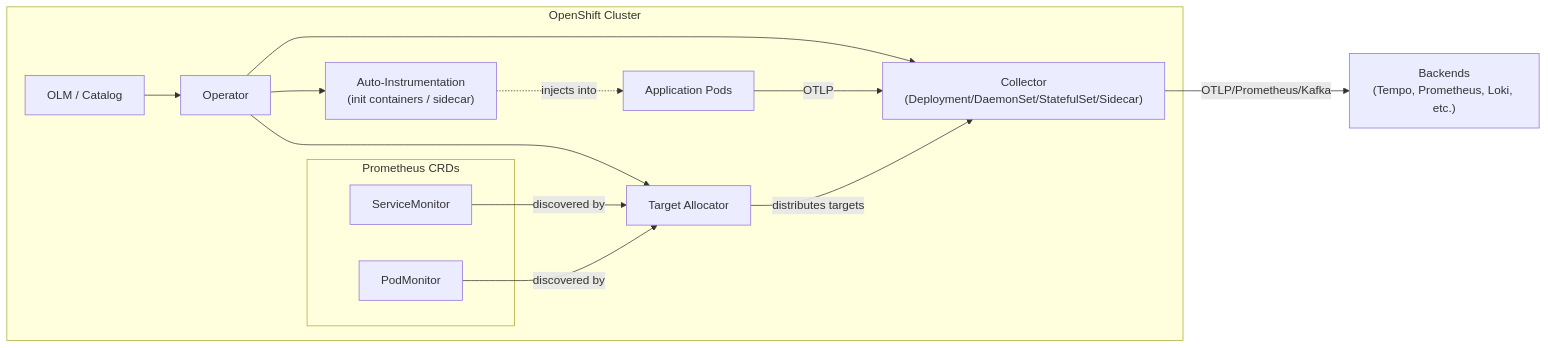
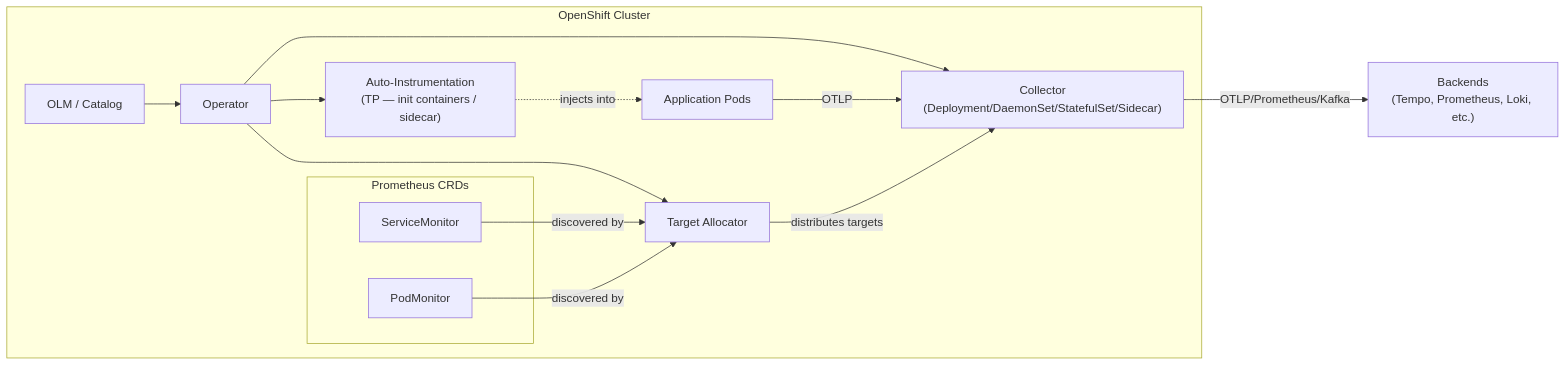
The first of 3 diagrams in ARCHITECTURE.md (IshwarKanse/redhat-build-of-opentelemetry-workspace), drawn with Mermaid before and after one commit. The commit also changed other lines of this file and 6 other files, not shown here.

````diff
--- a/ARCHITECTURE.md
+++ b/ARCHITECTURE.md
@@ -13,21 +15,21 @@
 ```mermaid
 graph LR
     subgraph OpenShift Cluster
         OLM["OLM / Catalog"] --> Operator
         Operator --> Collector["Collector<br/>(Deployment/DaemonSet/StatefulSet/Sidecar)"]
         Operator --> TA["Target Allocator"]
-        Operator --> AutoInstr["Auto-Instrumentation<br/>(init containers / sidecar)"]
+        Operator --> AutoInstr["Auto-Instrumentation<br/>(TP — init containers / sidecar)"]
 
         Apps["Application Pods"] -->|OTLP| Collector
         AutoInstr -.->|injects into| Apps
         TA -->|distributes targets| Collector
 
         subgraph Prometheus CRDs
             SM["ServiceMonitor"]
             PM["PodMonitor"]
         end
         SM & PM -->|discovered by| TA
     end
 
     Collector -->|OTLP/Prometheus/Kafka| Backend["Backends<br/>(Tempo, Prometheus, Loki, etc.)"]
 ```
````
